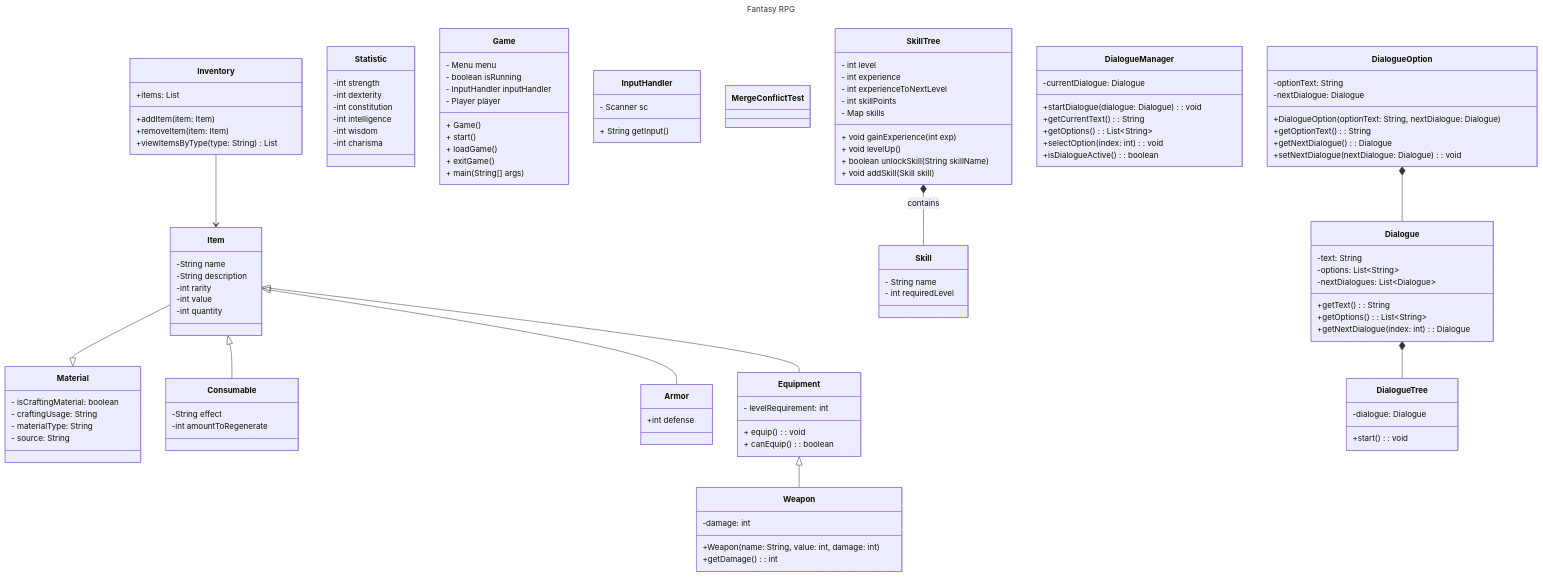
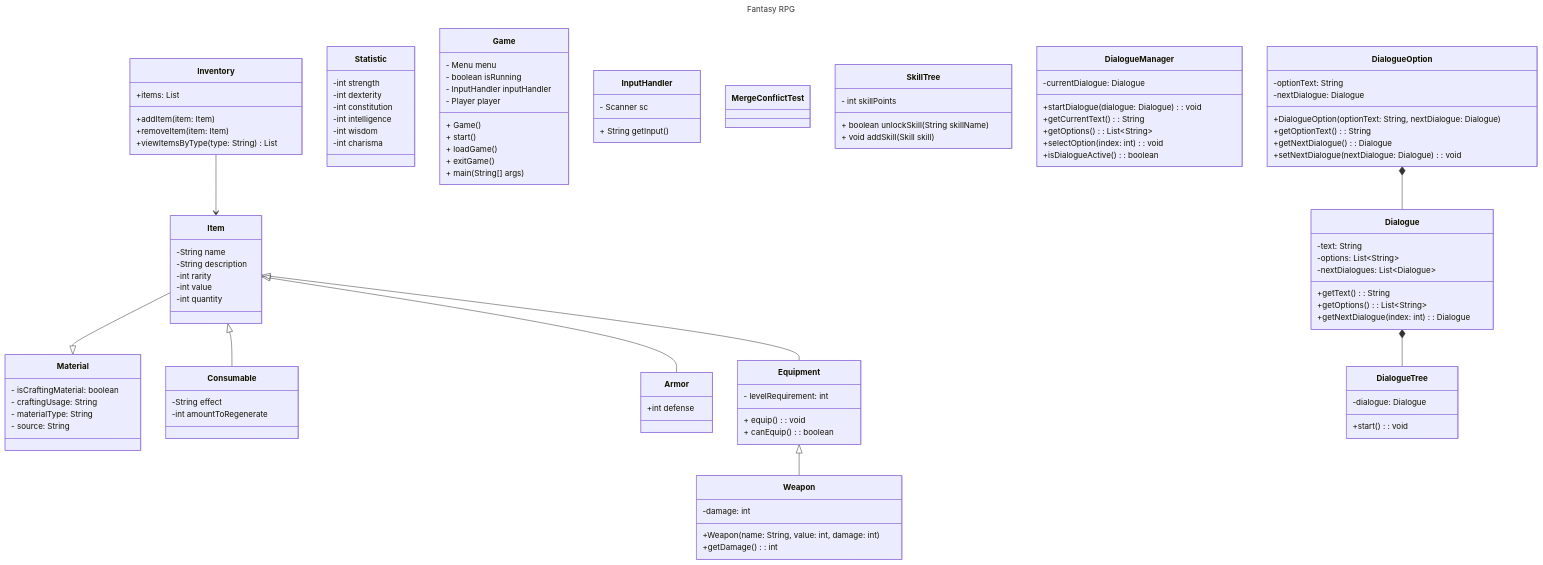
Before and after one commit to pacalso-jjc/2425-2nd-cc3-1b-rpg: the diagram in wiki/Class-Diagram.md, drawn with Mermaid.

Commit message:
Changed requested

```diff
--- a/wiki/Class-Diagram.md
+++ b/wiki/Class-Diagram.md
@@ -62,24 +62,11 @@
 
     }
 
-    class Skill {
-        - String name
-        - int requiredLevel
-    }
-
     class SkillTree {
-        - int level
-        - int experience
-        - int experienceToNextLevel
         - int skillPoints
-        - Map<String, Skill> skills
-        + void gainExperience(int exp)
-        + void levelUp()
         + boolean unlockSkill(String skillName)
         + void addSkill(Skill skill)
     }
-
-    SkillTree *-- Skill : contains
 
     class DialogueManager {
         -currentDialogue: Dialogue
```
